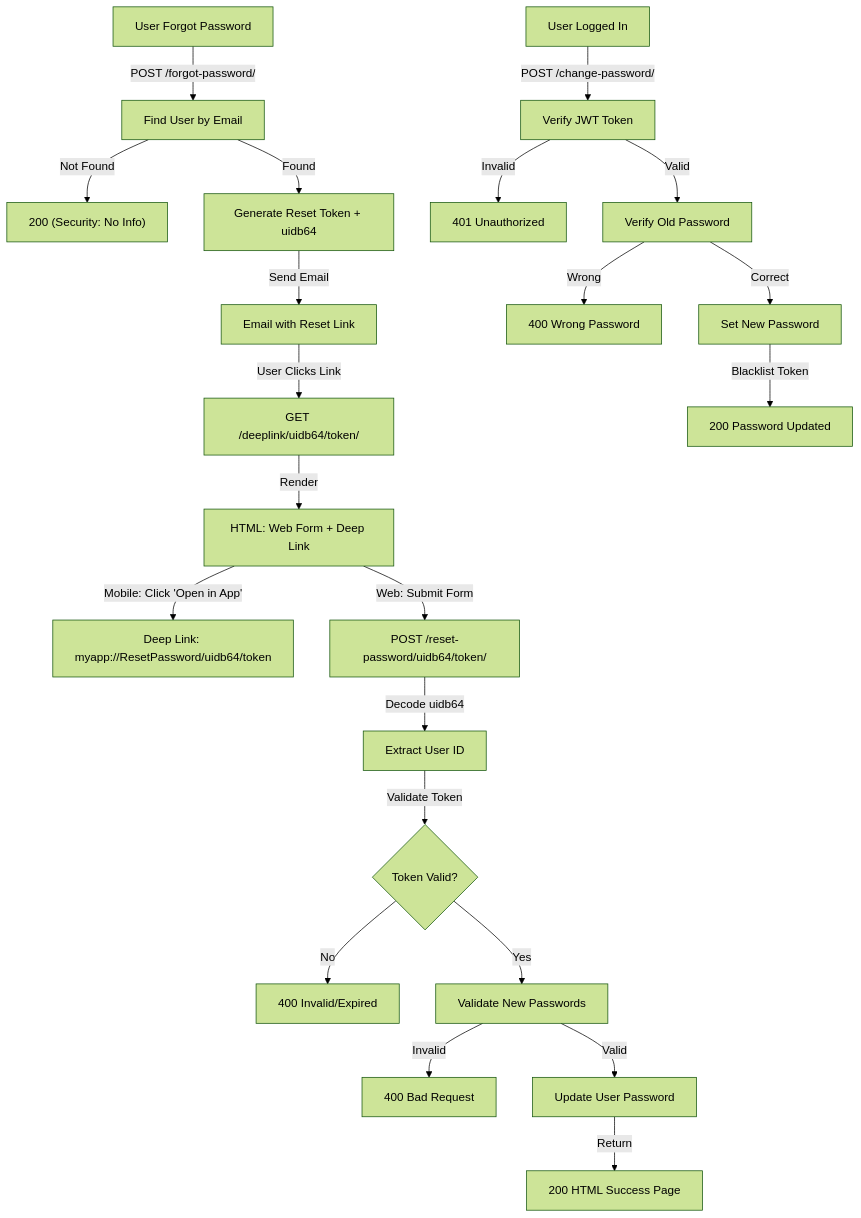
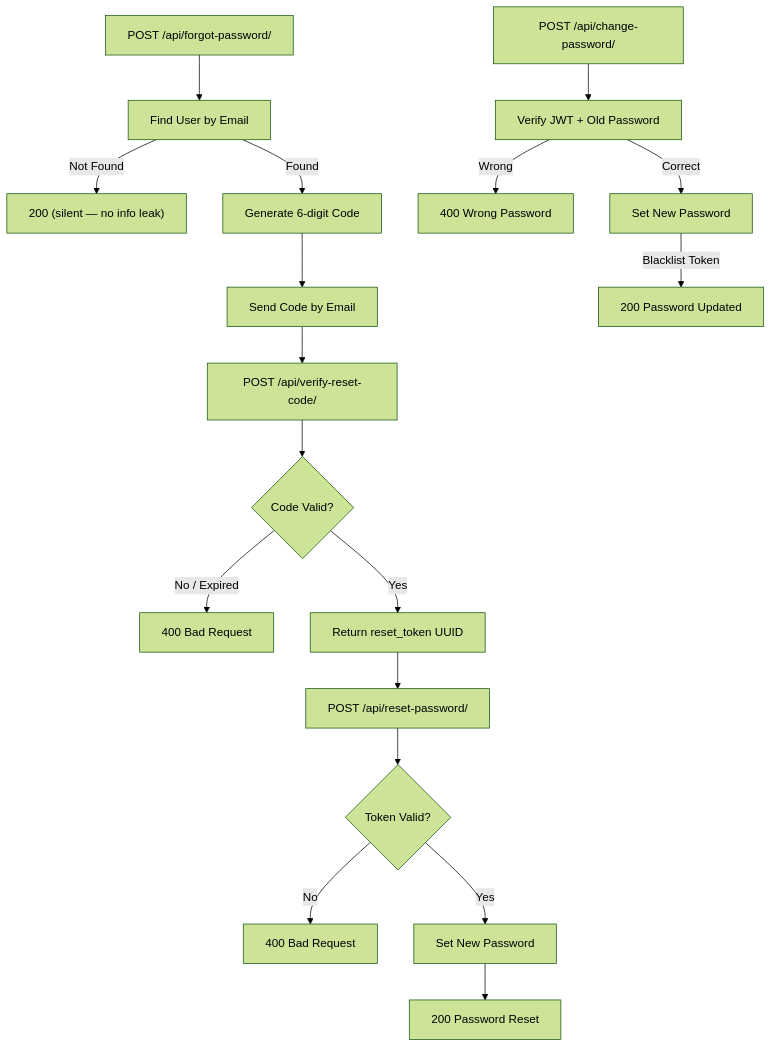
Before and after one commit to RadiantVixen/music-room: the fourth of 13 diagrams in API_SCHEMAS.md, drawn with Mermaid (forest theme). The commit also changed other lines of this file and 65 other files, not shown here.

````diff
--- a/API_SCHEMAS.md
+++ b/API_SCHEMAS.md
@@ -353,27 +345,21 @@
 ```mermaid
 graph TD
-    A["User Forgot Password"] -->|POST /forgot-password/| B["Find User by Email"]
-    B -->|Not Found| C["200 (Security: No Info)"]
-    B -->|Found| D["Generate Reset Token + uidb64"]
-    D -->|Send Email| E["Email with Reset Link"]
-    E -->|User Clicks Link| F["GET /deeplink/uidb64/token/"]
-    F -->|Render| G["HTML: Web Form + Deep Link"]
-    
-    G -->|Mobile: Click 'Open in App'| H["Deep Link: myapp://ResetPassword/uidb64/token"]
-    G -->|Web: Submit Form| I["POST /reset-password/uidb64/token/"]
-    
-    I -->|Decode uidb64| J["Extract User ID"]
-    J -->|Validate Token| K{Token Valid?}
-    K -->|No| L["400 Invalid/Expired"]
-    K -->|Yes| M["Validate New Passwords"]
-    M -->|Invalid| N["400 Bad Request"]
-    M -->|Valid| O["Update User Password"]
-    O -->|Return| P["200 HTML Success Page"]
-    
-    Q["User Logged In"] -->|POST /change-password/| R["Verify JWT Token"]
-    R -->|Invalid| S["401 Unauthorized"]
-    R -->|Valid| T["Verify Old Password"]
-    T -->|Wrong| U["400 Wrong Password"]
-    T -->|Correct| V["Set New Password"]
-    V -->|Blacklist Token| W["200 Password Updated"]
+    A["POST /api/forgot-password/"] --> B["Find User by Email"]
+    B -->|Not Found| C["200 (silent — no info leak)"]
+    B -->|Found| D["Generate 6-digit Code"]
+    D --> E["Send Code by Email"]
+    E --> F["POST /api/verify-reset-code/"]
+    F --> G{"Code Valid?"}
+    G -->|No / Expired| H["400 Bad Request"]
+    G -->|Yes| I["Return reset_token UUID"]
+    I --> J["POST /api/reset-password/"]
+    J --> K{"Token Valid?"}
+    K -->|No| L["400 Bad Request"]
+    K -->|Yes| M["Set New Password"]
+    M --> N["200 Password Reset"]
+
+    O["POST /api/change-password/"] --> P["Verify JWT + Old Password"]
+    P -->|Wrong| Q["400 Wrong Password"]
+    P -->|Correct| R["Set New Password"]
+    R -->|Blacklist Token| S["200 Password Updated"]
 ```
````
